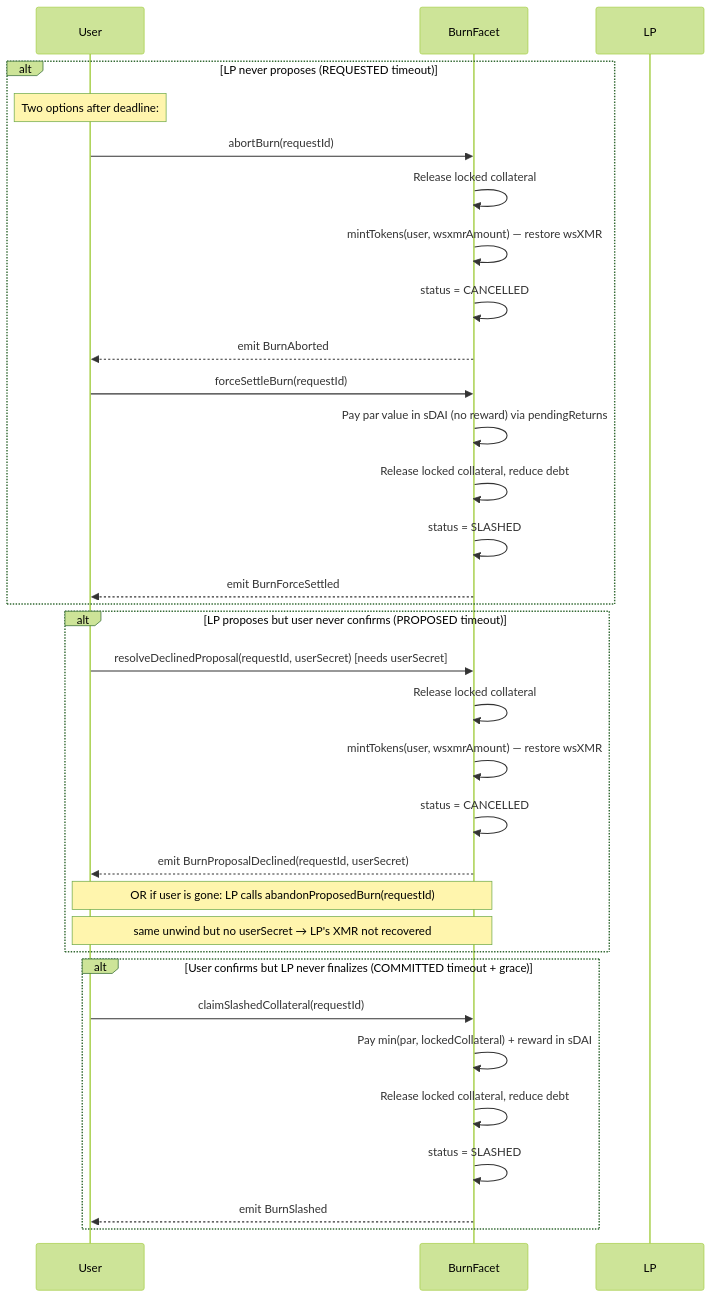
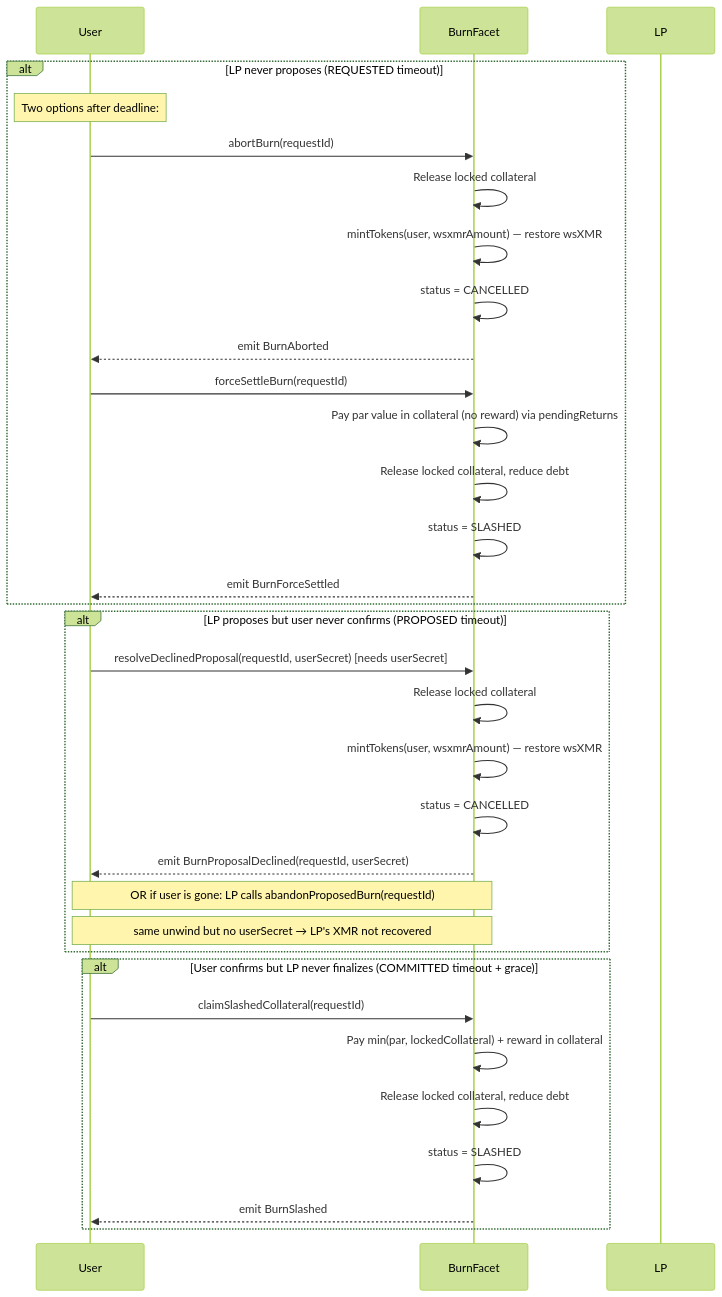
Before and after one commit to madschristensen99/wrapsynth: diagram 23 of 27 in docs/sequenceDiagrams.md, drawn with Mermaid (forest theme). The commit also changed other lines of this file and 1 other file, not shown here.

First line of the commit message:
Fix Mermaid parse errors + generalize docs to chain-agnostic terms

````diff
--- a/docs/sequenceDiagrams.md
+++ b/docs/sequenceDiagrams.md
@@ -1155,40 +1155,40 @@
 ```mermaid
 sequenceDiagram
     participant User
     participant Burn as BurnFacet
     participant LP
 
     alt LP never proposes (REQUESTED timeout)
         Note over User: Two options after deadline:
 
         User->>Burn: abortBurn(requestId)
         Burn->>Burn: Release locked collateral
         Burn->>Burn: mintTokens(user, wsxmrAmount) — restore wsXMR
         Burn->>Burn: status = CANCELLED
         Burn-->>User: emit BurnAborted
 
         User->>Burn: forceSettleBurn(requestId)
-        Burn->>Burn: Pay par value in sDAI (no reward) via pendingReturns
+        Burn->>Burn: Pay par value in collateral (no reward) via pendingReturns
         Burn->>Burn: Release locked collateral, reduce debt
         Burn->>Burn: status = SLASHED
         Burn-->>User: emit BurnForceSettled
     end
 
     alt LP proposes but user never confirms (PROPOSED timeout)
         User->>Burn: resolveDeclinedProposal(requestId, userSecret) [needs userSecret]
         Burn->>Burn: Release locked collateral
         Burn->>Burn: mintTokens(user, wsxmrAmount) — restore wsXMR
         Burn->>Burn: status = CANCELLED
         Burn-->>User: emit BurnProposalDeclined(requestId, userSecret)
         Note over User,Burn: OR if user is gone: LP calls abandonProposedBurn(requestId)
         Note over User,Burn: same unwind but no userSecret → LP's XMR not recovered
     end
 
     alt User confirms but LP never finalizes (COMMITTED timeout + grace)
         User->>Burn: claimSlashedCollateral(requestId)
-        Burn->>Burn: Pay min(par, lockedCollateral) + reward in sDAI
+        Burn->>Burn: Pay min(par, lockedCollateral) + reward in collateral
         Burn->>Burn: Release locked collateral, reduce debt
         Burn->>Burn: status = SLASHED
         Burn-->>User: emit BurnSlashed
     end
 ```
````
